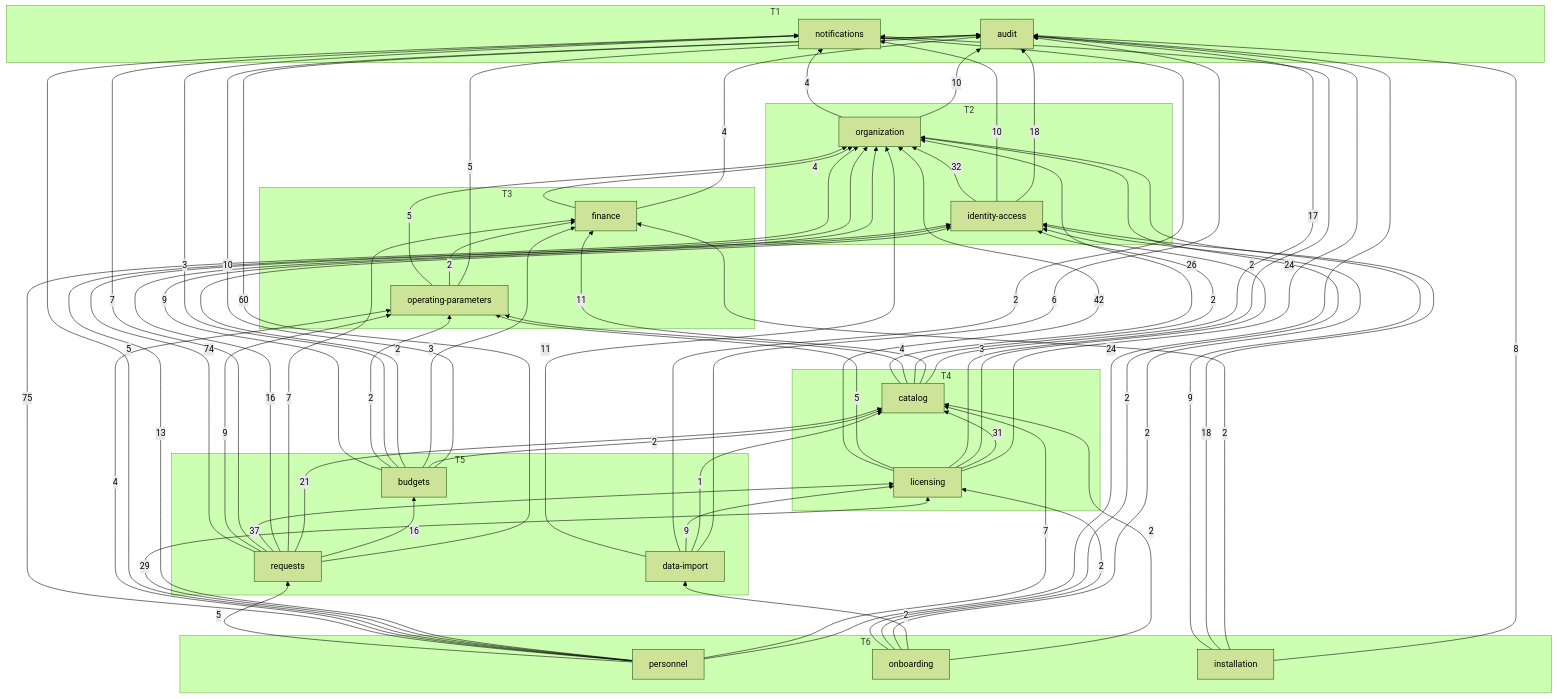
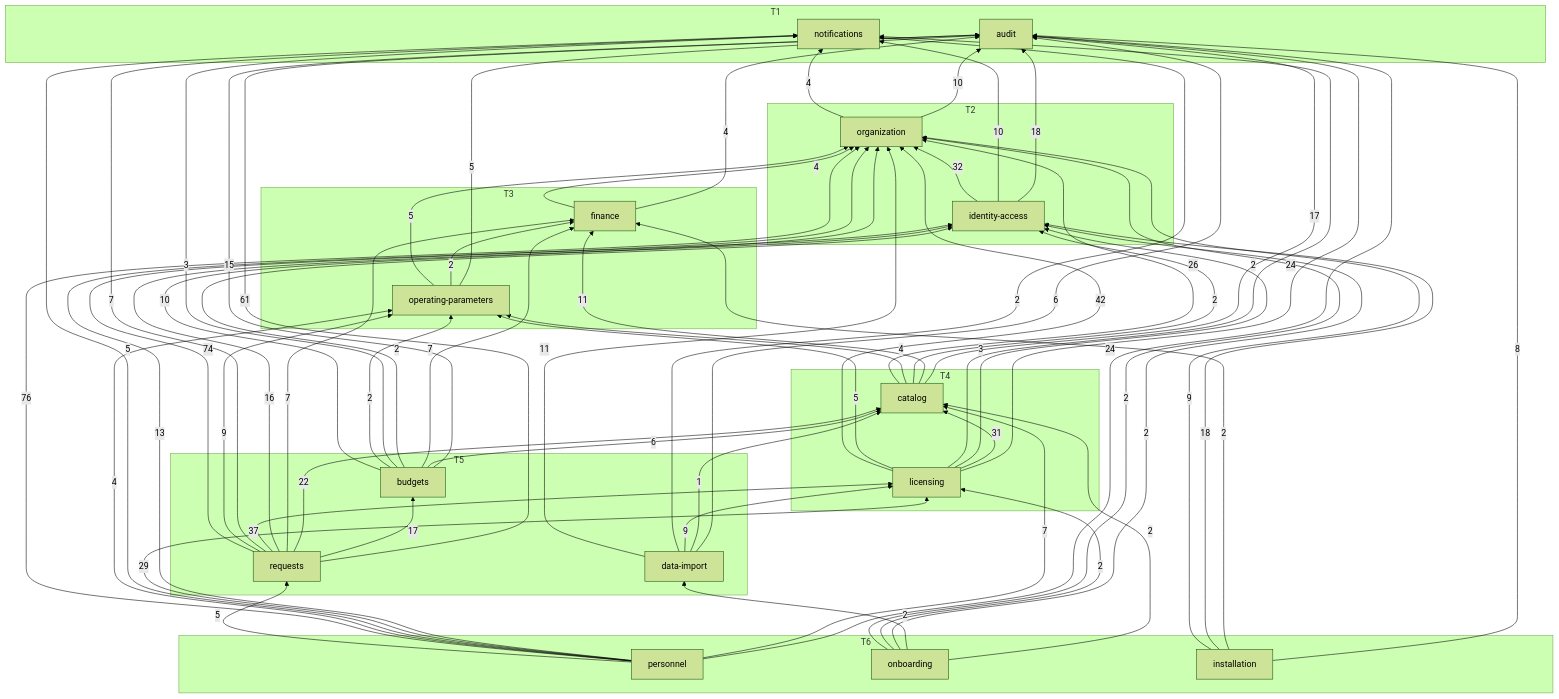
One commit to WDP301-FA26-GR8/BE changed the diagram in docs/generated/module-graph.md. Above: the diagram before and after it, drawn with Mermaid (forest theme). The commit also changed 130 other files, not shown here.

```diff
--- a/docs/generated/module-graph.md
+++ b/docs/generated/module-graph.md
@@ -31,13 +31,13 @@
     onboarding["onboarding"]
     installation["installation"]
   end
-  budgets -->|10| audit
-  budgets -->|2| catalog
-  budgets -->|3| finance
+  budgets -->|15| audit
+  budgets -->|6| catalog
+  budgets -->|7| finance
   budgets -->|2| identity_access
   budgets -->|3| notifications
   budgets -->|2| operating_parameters
-  budgets -->|9| organization
+  budgets -->|10| organization
   catalog -->|17| audit
   catalog -->|11| finance
   catalog -->|2| identity_access
@@ -79,11 +79,11 @@
   personnel -->|29| licensing
   personnel -->|5| notifications
   personnel -->|4| operating_parameters
-  personnel -->|75| organization
+  personnel -->|76| organization
   personnel -->|5| requests
-  requests -->|60| audit
-  requests -->|16| budgets
-  requests -->|21| catalog
+  requests -->|61| audit
+  requests -->|17| budgets
+  requests -->|22| catalog
   requests -->|7| finance
   requests -->|16| identity_access
   requests -->|37| licensing
```
